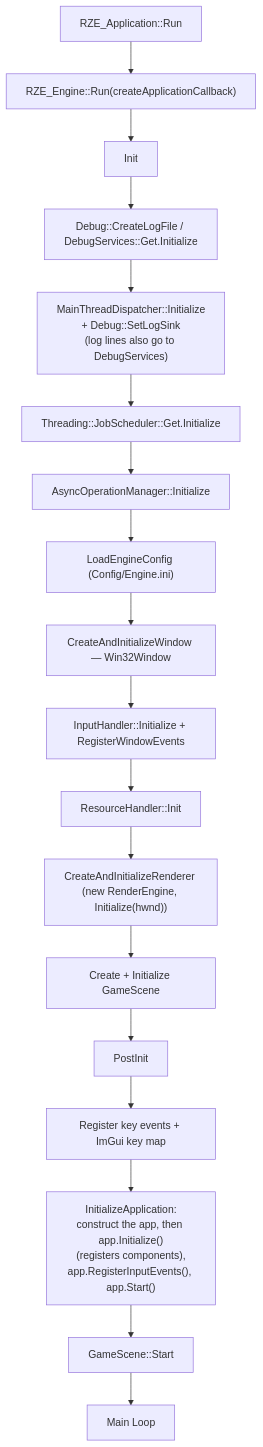
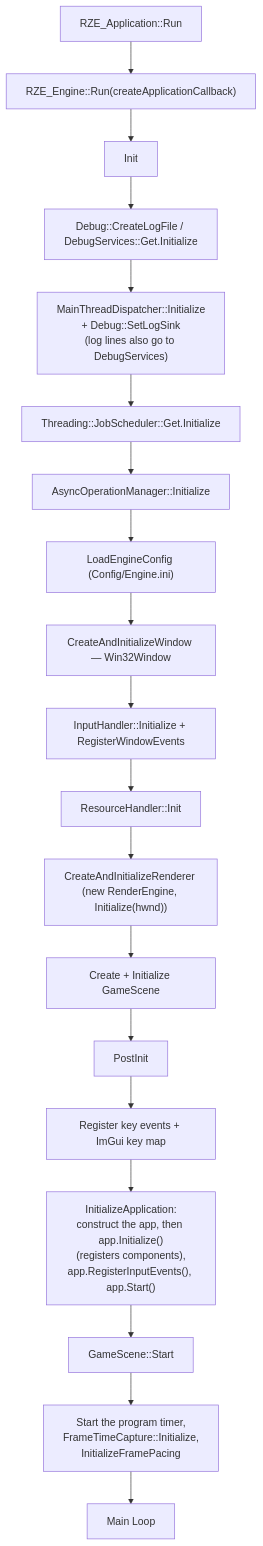
One commit to b1nary0/RZE changed the first of 3 diagrams in Docs/Generated/Engine/02-Architecture/Engine-Startup-And-Frame-Loop.md. Above: the diagram before and after it, drawn with Mermaid. The commit also changed other lines of this file and 16 other files, not shown here.

First line of the commit message:
Document frame pacing, vsync, the UI frame rate and the input changes

````diff
--- a/Docs/Generated/Engine/02-Architecture/Engine-Startup-And-Frame-Loop.md
+++ b/Docs/Generated/Engine/02-Architecture/Engine-Startup-And-Frame-Loop.md
@@ -36,21 +36,22 @@
 ```mermaid
 %%{init: {'flowchart': {'subGraphTitleMargin': {'top': 6, 'bottom': 10}}, 'themeCSS': '.labelBkg, .edgeLabel { background-color: var(--background-primary) !important; } .messageText, .labelText, .loopText { paint-order: stroke; stroke: var(--background-primary); stroke-width: 5px; stroke-linejoin: round; }'}}%%
 flowchart TD
     A[RZE_Application::Run] --> B["RZE_Engine::Run(createApplicationCallback)"]
     B --> C[Init]
     C --> C1[Debug::CreateLogFile / DebugServices::Get.Initialize]
     C1 --> C1b["MainThreadDispatcher::Initialize<br/>+ Debug::SetLogSink<br/>(log lines also go to DebugServices)"]
     C1b --> C2[Threading::JobScheduler::Get.Initialize]
     C2 --> C2b[AsyncOperationManager::Initialize]
     C2b --> C3["LoadEngineConfig (Config/Engine.ini)"]
     C3 --> C4[CreateAndInitializeWindow — Win32Window]
     C4 --> C5[InputHandler::Initialize + RegisterWindowEvents]
     C5 --> C6[ResourceHandler::Init]
     C6 --> C7["CreateAndInitializeRenderer (new RenderEngine, Initialize(hwnd))"]
     C7 --> C8[Create + Initialize GameScene]
     C8 --> D[PostInit]
     D --> D1[Register key events + ImGui key map]
     D1 --> D2["InitializeApplication:<br/>construct the app, then app.Initialize()<br/>(registers components),<br/>app.RegisterInputEvents(), app.Start()"]
     D2 --> D3[GameScene::Start]
-    D3 --> E[Main Loop]
+    D3 --> F["Start the program timer,<br/>FrameTimeCapture::Initialize,<br/>InitializeFramePacing"]
+    F --> E[Main Loop]
 ```
````
